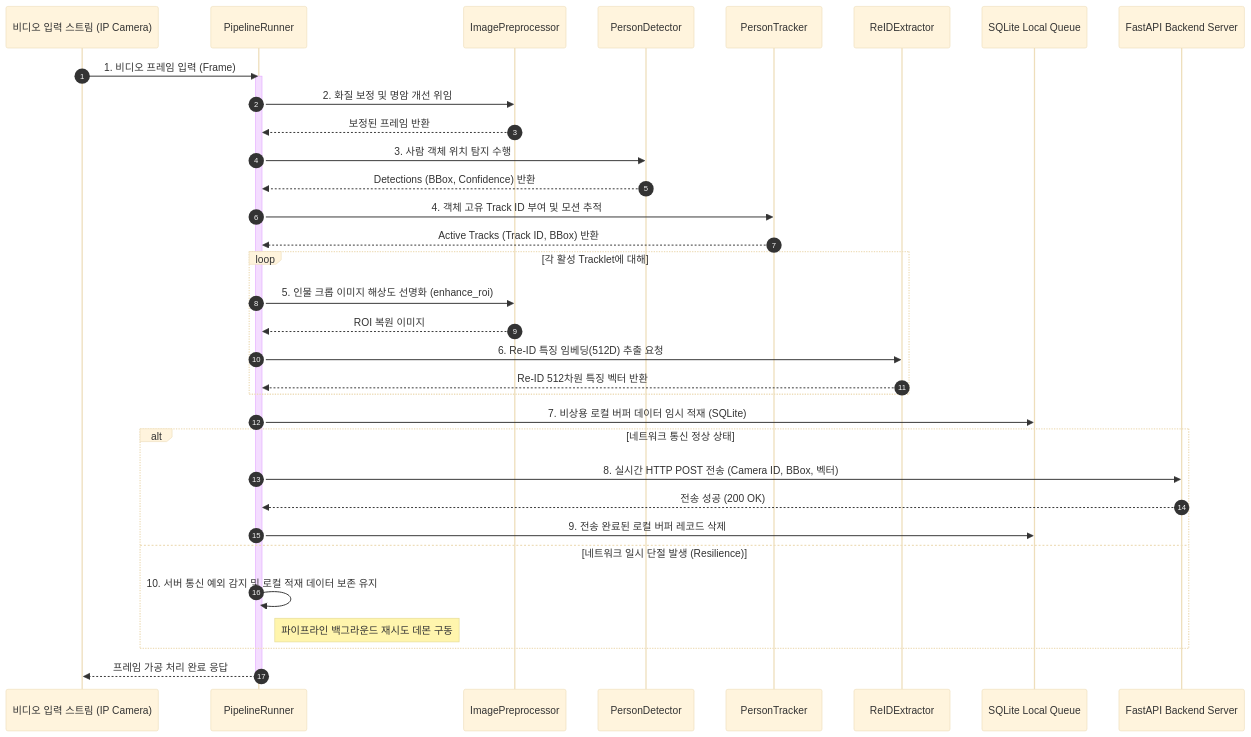
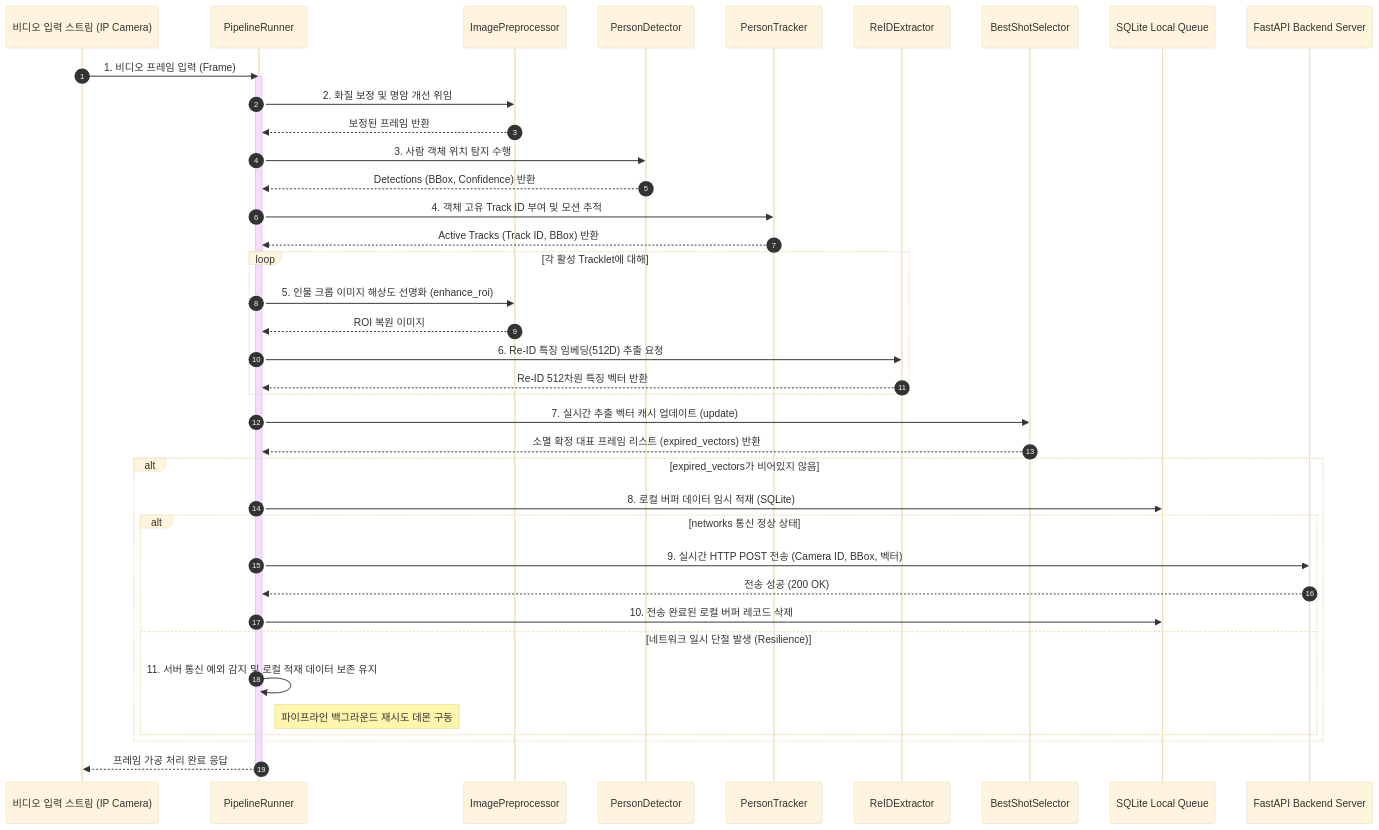
One commit to artport-max/EYE-D changed the fifth of 6 diagrams in docs/edge-design.md. Above: the diagram before and after it, drawn with Mermaid (base theme). The commit also changed other lines of this file and 6 other files, not shown here.

First line of the commit message:
feat(edge-server): 베스트 샷(Best-shot) 주기적 중간 전송 기능 구현 및 스키마 연동

````diff
--- a/docs/edge-design.md
+++ b/docs/edge-design.md
@@ -321,45 +334,51 @@
 ```mermaid
 sequenceDiagram
     autonumber
     participant Src as 비디오 입력 스트림 (IP Camera)
     participant PR as PipelineRunner
     participant IP as ImagePreprocessor
     participant PD as PersonDetector
     participant PT as PersonTracker
     participant RE as ReIDExtractor
+    participant BS as BestShotSelector
     participant DB as SQLite Local Queue
     participant Svr as FastAPI Backend Server
 
     Src->>PR: 1. 비디오 프레임 입력 (Frame)
     activate PR
     
     PR->>IP: 2. 화질 보정 및 명암 개선 위임
     IP-->>PR: 보정된 프레임 반환
     
     PR->>PD: 3. 사람 객체 위치 탐지 수행
     PD-->>PR: Detections (BBox, Confidence) 반환
     
     PR->>PT: 4. 객체 고유 Track ID 부여 및 모션 추적
     PT-->>PR: Active Tracks (Track ID, BBox) 반환
     
     loop 각 활성 Tracklet에 대해
         PR->>IP: 5. 인물 크롭 이미지 해상도 선명화 (enhance_roi)
         IP-->>PR: ROI 복원 이미지
         PR->>RE: 6. Re-ID 특징 임베딩(512D) 추출 요청
         RE-->>PR: Re-ID 512차원 특징 벡터 반환
     end
 
-    PR->>DB: 7. 비상용 로컬 버퍼 데이터 임시 적재 (SQLite)
-    
-    alt 네트워크 통신 정상 상태
-        PR->>Svr: 8. 실시간 HTTP POST 전송 (Camera ID, BBox, 벡터)
-        Svr-->>PR: 전송 성공 (200 OK)
-        PR->>DB: 9. 전송 완료된 로컬 버퍼 레코드 삭제
-    else 네트워크 일시 단절 발생 (Resilience)
-        PR->>PR: 10. 서버 통신 예외 감지 및 로컬 적재 데이터 보존 유지
-        Note right of PR: 파이프라인 백그라운드 재시도 데몬 구동
+    PR->>BS: 7. 실시간 추출 벡터 캐시 업데이트 (update)
+    BS-->>PR: 소멸 확정 대표 프레임 리스트 (expired_vectors) 반환
+
+    alt expired_vectors가 비어있지 않음
+        PR->>DB: 8. 로컬 버퍼 데이터 임시 적재 (SQLite)
+        
+        alt networks 통신 정상 상태
+            PR->>Svr: 9. 실시간 HTTP POST 전송 (Camera ID, BBox, 벡터)
+            Svr-->>PR: 전송 성공 (200 OK)
+            PR->>DB: 10. 전송 완료된 로컬 버퍼 레코드 삭제
+        else 네트워크 일시 단절 발생 (Resilience)
+            PR->>PR: 11. 서버 통신 예외 감지 및 로컬 적재 데이터 보존 유지
+            Note right of PR: 파이프라인 백그라운드 재시도 데몬 구동
+        end
     end
 
     PR-->>Src: 프레임 가공 처리 완료 응답
     deactivate PR
 ```
````
